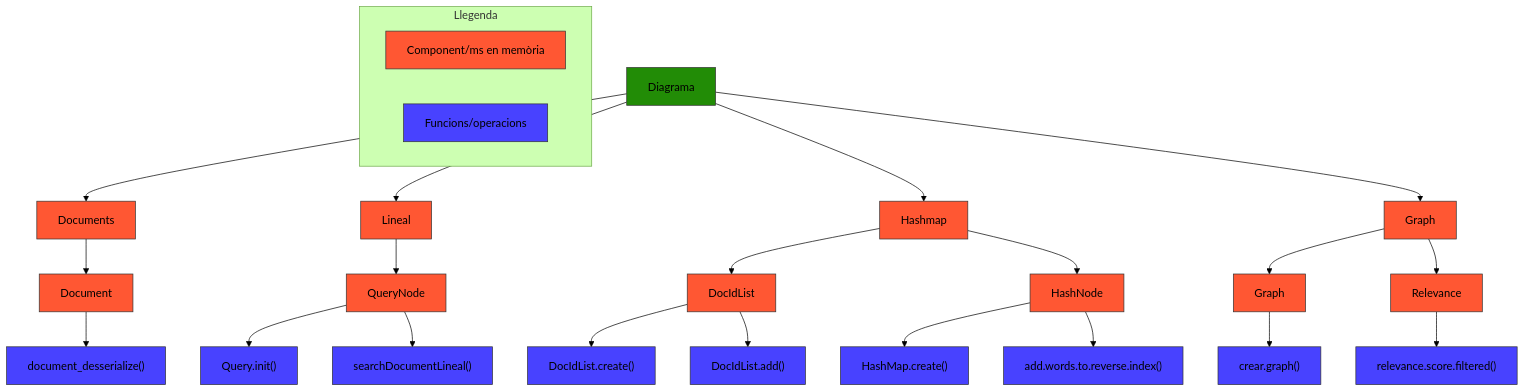
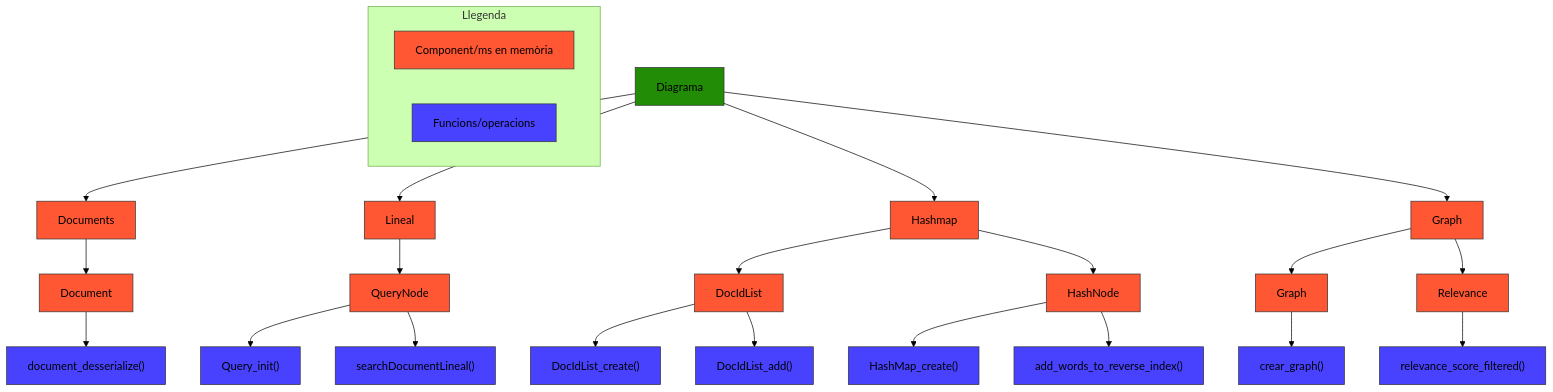
The diagram in REPORT.md (bernatnogueras/edaii-2025-P202-48), drawn with Mermaid (forest theme) before and after one commit.

Commit message:
'_' afegits

````diff
--- a/REPORT.md
+++ b/REPORT.md
@@ -7,68 +7,68 @@
 ```mermaid
 flowchart TD
 
     %% Nodo raíz
     DIAG["Diagrama"] 
 
     %% Rama Documents
     DIAG --> DOCUMENTS["Documents"]
     DOCUMENTS --> DOCUMENT["Document"]
     DOCUMENT --> FUNC_DESERIALIZE["document_desserialize()"]
 
     %% Rama Lineal
     DIAG --> LINEAL["Lineal"]
     LINEAL --> QNODE["QueryNode"]
-    QNODE --> FUNC_Q_INIT["Query.init()"]
+    QNODE --> FUNC_Q_INIT["Query_init()"]
     QNODE --> FUNC_SEARCH_DOC_LINEAL["searchDocumentLineal()"]
 
     %% Rama Hashmap
     DIAG --> HASHMAP["Hashmap"]
     HASHMAP --> DOCLIST["DocIdList"]
-    DOCLIST --> FUNC_DOCLIST_CREATE["DocIdList.create()"]
-    DOCLIST --> FUNC_DOCLIST_ADD["DocIdList.add()"]
+    DOCLIST --> FUNC_DOCLIST_CREATE["DocIdList_create()"]
+    DOCLIST --> FUNC_DOCLIST_ADD["DocIdList_add()"]
     HASHMAP --> HASHNODE["HashNode"]
-    HASHNODE --> FUNC_HASHMAP_INIT["HashMap.create()"]
-    HASHNODE --> FUNC_ADD_WORD["add.words.to.reverse.index()"]
+    HASHNODE --> FUNC_HASHMAP_INIT["HashMap_create()"]
+    HASHNODE --> FUNC_ADD_WORD["add_words_to_reverse_index()"]
 
     %% Rama Graph
     DIAG --> GRAPH["Graph"]
     GRAPH --> GRAPH_NODE["Graph"]
-    GRAPH_NODE --> FUNC_WAR_GRAPH["crear.graph()"]
+    GRAPH_NODE --> FUNC_WAR_GRAPH["crear_graph()"]
     GRAPH --> RELEVANCE["Relevance"]
-    RELEVANCE --> FUNC_REL_SCAN["relevance.score.filtered()"]
+    RELEVANCE --> FUNC_REL_SCAN["relevance_score_filtered()"]
 
     %% Estilos de colores
     style DIAG fill:#228c06,stroke:#333,stroke-width:1px
 
     style DOCUMENTS fill:#ff5733,stroke:#333,stroke-width:1px
     style DOCUMENT fill:#ff5733,stroke:#333,stroke-width:1px
     style FUNC_DESERIALIZE fill:#4842ff,stroke:#333,stroke-width:1px
 
     style LINEAL fill:#ff5733,stroke:#333,stroke-width:1px
     style QNODE fill:#ff5733,stroke:#333,stroke-width:1px
     style FUNC_Q_INIT fill:#4842ff,stroke:#333,stroke-width:1px
     style FUNC_SEARCH_DOC_LINEAL fill:#4842ff,stroke:#333,stroke-width:1px
 
     style HASHMAP fill:#ff5733,stroke:#333,stroke-width:1px
     style DOCLIST fill:#ff5733,stroke:#333,stroke-width:1px
     style FUNC_DOCLIST_CREATE fill:#4842ff,stroke:#333,stroke-width:1px
     style FUNC_DOCLIST_ADD fill:#4842ff,stroke:#333,stroke-width:1px
     style HASHNODE fill:#ff5733,stroke:#333,stroke-width:1px
     style FUNC_HASHMAP_INIT fill:#4842ff,stroke:#333,stroke-width:1px
     style FUNC_ADD_WORD fill:#4842ff,stroke:#333,stroke-width:1px
 
     style GRAPH fill:#ff5733,stroke:#333,stroke-width:1px
     style GRAPH_NODE fill:#ff5733,stroke:#333,stroke-width:1px
     style FUNC_WAR_GRAPH fill:#4842ff,stroke:#333,stroke-width:1px
     style RELEVANCE fill:#ff5733,stroke:#333,stroke-width:1px
     style FUNC_REL_SCAN fill:#4842ff,stroke:#333,stroke-width:1px
 
     %% Leyenda (opcional)
     subgraph Leyenda["Llegenda"]
         green["Component/ms en memòria"] 
         purple["Funcions/operacions"]
     end
 
     style green fill:#ff5733,stroke:#333,stroke-width:1px
     style purple fill:#4842ff,stroke:#333,stroke-width:1px
 ```
````
